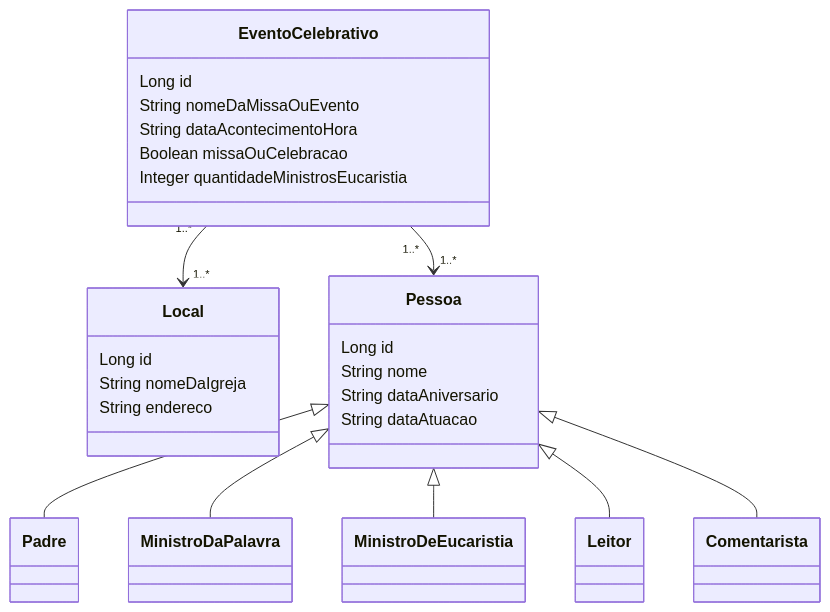
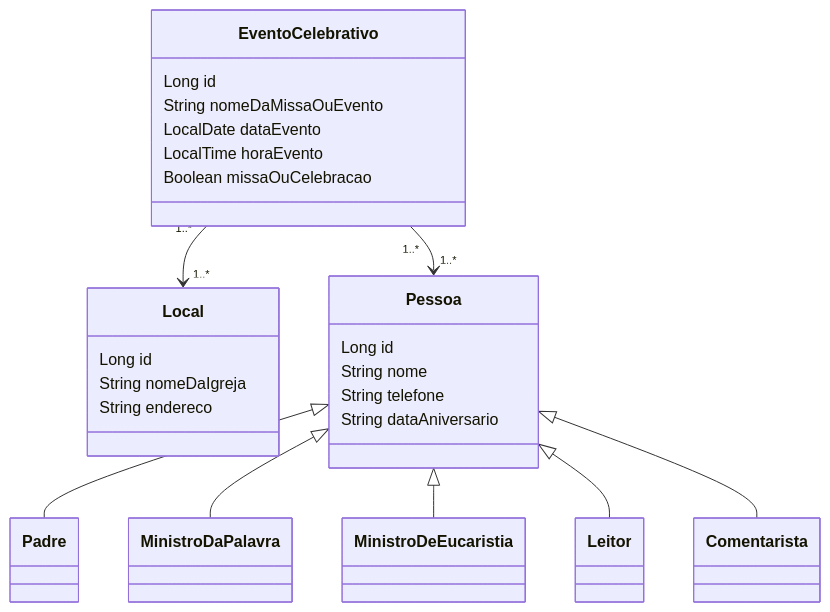
The diagram in README.md (lucashonorioo/api-evento-celebrativo), drawn with Mermaid before and after one commit.

````diff
--- a/README.md
+++ b/README.md
@@ -6,40 +6,40 @@
 ```mermaid
 
 classDiagram
   class EventoCelebrativo {
     Long id
     String nomeDaMissaOuEvento
-    String dataAcontecimentoHora
+    LocalDate dataEvento
+    LocalTime horaEvento
     Boolean missaOuCelebracao
-    Integer quantidadeMinistrosEucaristia
   }
 
   class Local {
     Long id
     String nomeDaIgreja
     String endereco
   }
 
   class Pessoa {
     Long id
     String nome
+    String telefone
     String dataAniversario
-    String dataAtuacao
   }
 
   class Padre
   class MinistroDaPalavra
   class MinistroDeEucaristia
   class Leitor
   class Comentarista
 
   EventoCelebrativo "1..*" --> "1..*" Local
   EventoCelebrativo "1..*" --> "1..*" Pessoa
 
   Pessoa <|-- Padre
   Pessoa <|-- MinistroDaPalavra
   Pessoa <|-- MinistroDeEucaristia
   Pessoa <|-- Leitor
   Pessoa <|-- Comentarista
 
 ```
````
